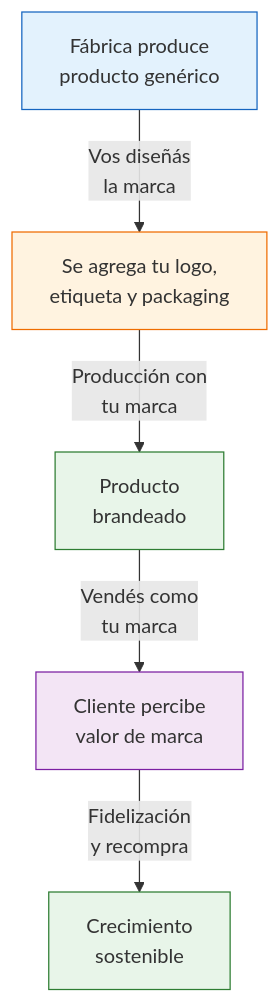
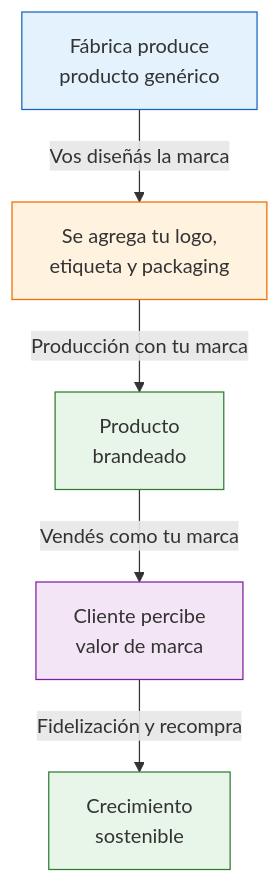
The diagram in app/paso1-argentina/empezar-de-cero/marca-blanca.mdx (barrosignacioezequiel-coder/docs), drawn with Mermaid before and after one commit. The commit also changed 10 other files, not shown here.

First line of the commit message:
fix: remove <br/> from Mermaid edge labels causing list errors

````diff
--- a/app/paso1-argentina/empezar-de-cero/marca-blanca.mdx
+++ b/app/paso1-argentina/empezar-de-cero/marca-blanca.mdx
@@ -15,13 +15,13 @@
 ```mermaid
 graph TD
-    A["Fábrica produce<br/>producto genérico"] -->|"Vos diseñás<br/>la marca"| B["Se agrega tu logo,<br/>etiqueta y packaging"]
-    B -->|"Producción con<br/>tu marca"| C["Producto<br/>brandeado"]
-    C -->|"Vendés como<br/>tu marca"| D["Cliente percibe<br/>valor de marca"]
-    D -->|"Fidelización<br/>y recompra"| E["Crecimiento<br/>sostenible"]
+    A["Fábrica produce<br/>producto genérico"] -->|"Vos diseñás la marca"| B["Se agrega tu logo,<br/>etiqueta y packaging"]
+    B -->|"Producción con tu marca"| C["Producto<br/>brandeado"]
+    C -->|"Vendés como tu marca"| D["Cliente percibe<br/>valor de marca"]
+    D -->|"Fidelización y recompra"| E["Crecimiento<br/>sostenible"]
 
     style A fill:#e3f2fd,stroke:#1565c0
     style B fill:#fff3e0,stroke:#ef6c00
     style C fill:#e8f5e9,stroke:#2e7d32
     style D fill:#f3e5f5,stroke:#7b1fa2
     style E fill:#e8f5e9,stroke:#2e7d32
 ```
````
